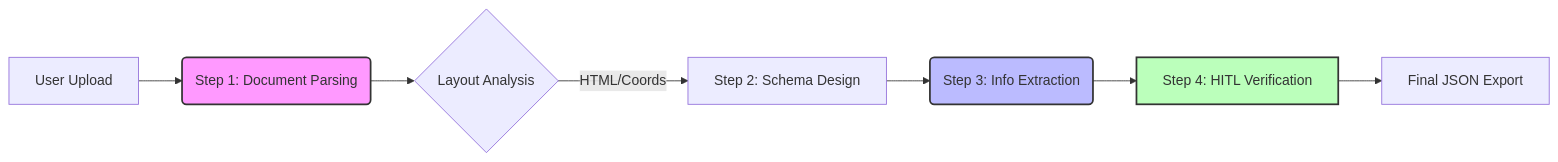
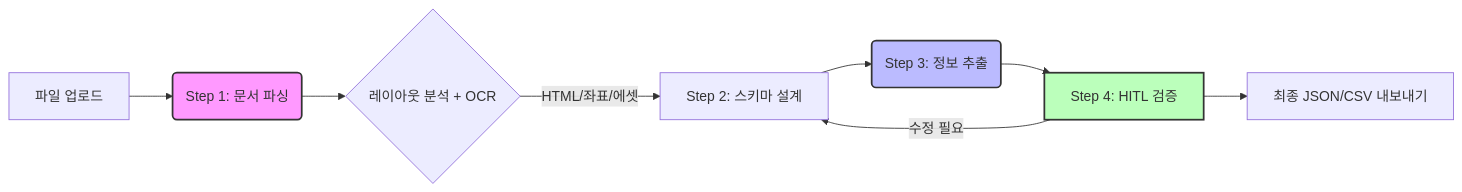
The diagram in ARCHITECTURE.md (HouuYa/upstage-docuparse-adv.-mvpv0.1), drawn with Mermaid before and after one commit. The commit also changed other lines of this file and 2 other files, not shown here.

First line of the commit message:
docs: rewrite README/ARCHITECTURE in Korean with diagrams and API guides

````diff
--- a/ARCHITECTURE.md
+++ b/ARCHITECTURE.md
@@ -14,13 +17,14 @@
 ```mermaid
 graph LR
-    A[User Upload] --> B(Step 1: Document Parsing);
-    B --> C{Layout Analysis};
-    C -->|HTML/Coords| D[Step 2: Schema Design];
-    D --> E(Step 3: Info Extraction);
-    E --> F[Step 4: HITL Verification];
-    F --> G[Final JSON Export];
+    A[파일 업로드] --> B(Step 1: 문서 파싱);
+    B --> C{레이아웃 분석 + OCR};
+    C -->|HTML/좌표/에셋| D[Step 2: 스키마 설계];
+    D --> E(Step 3: 정보 추출);
+    E --> F[Step 4: HITL 검증];
+    F -->|수정 필요| D;
+    F --> G[최종 JSON/CSV 내보내기];
 
     style B fill:#f9f,stroke:#333,stroke-width:2px
     style E fill:#bbf,stroke:#333,stroke-width:2px
     style F fill:#bfb,stroke:#333,stroke-width:2px
 ```
````
